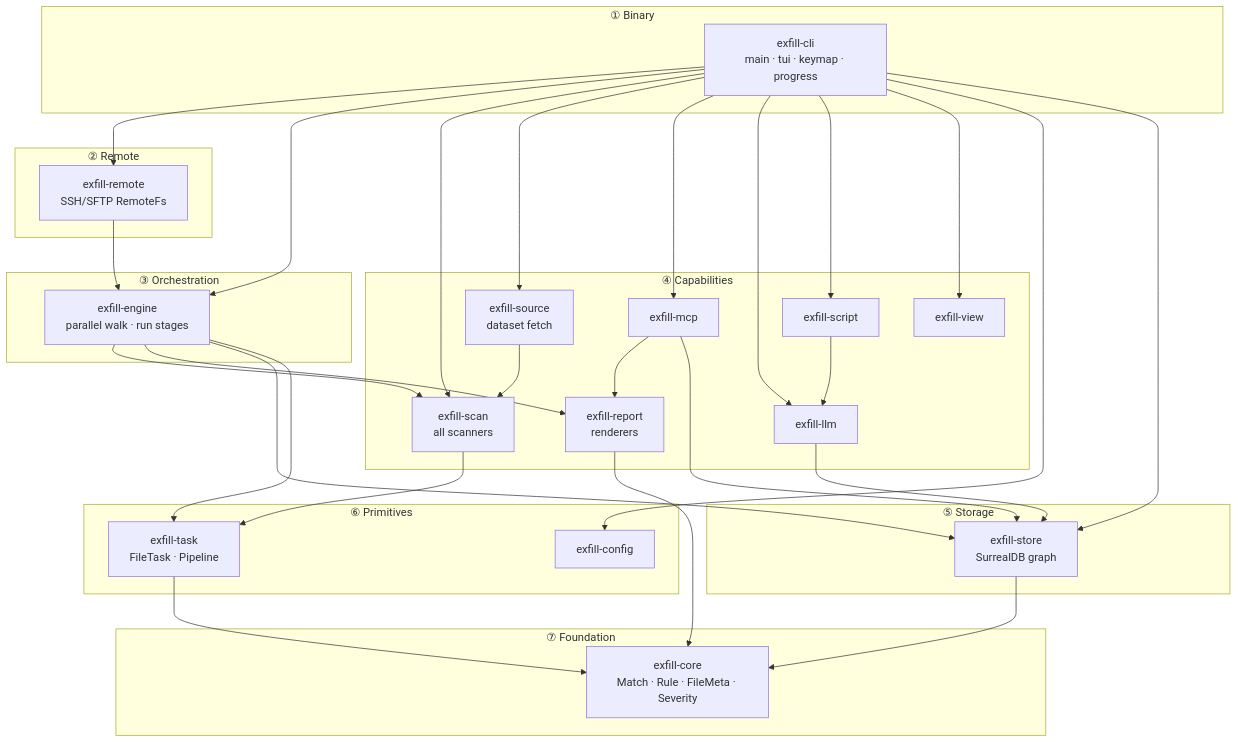
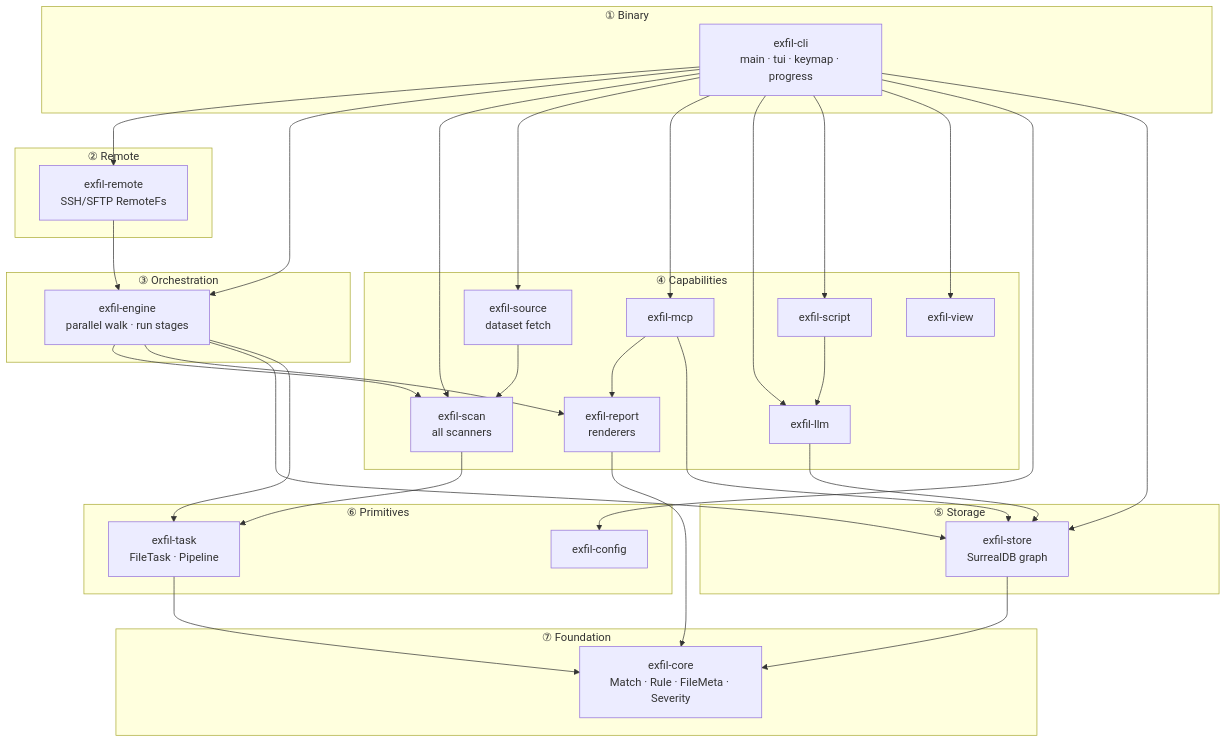
The first of 2 diagrams in docs/architecture/overview.md (rangertaha/exfil), drawn with Mermaid before and after one commit. The commit also changed other lines of this file and 129 other files, not shown here.

First line of the commit message:
Rename the tool: exfill -> exfil

````diff
--- a/docs/architecture/overview.md
+++ b/docs/architecture/overview.md
@@ -125,43 +125,43 @@
 ```mermaid
 flowchart TD
     subgraph L7["① Binary"]
-        CLI[exfill-cli<br/>main · tui · keymap · progress]
+        CLI[exfil-cli<br/>main · tui · keymap · progress]
     end
     subgraph L6["② Remote"]
-        REMOTE[exfill-remote<br/>SSH/SFTP RemoteFs]
+        REMOTE[exfil-remote<br/>SSH/SFTP RemoteFs]
     end
     subgraph L5["③ Orchestration"]
-        ENGINE[exfill-engine<br/>parallel walk · run stages]
+        ENGINE[exfil-engine<br/>parallel walk · run stages]
     end
     subgraph L4["④ Capabilities"]
-        SCAN[exfill-scan<br/>all scanners]
-        SOURCE[exfill-source<br/>dataset fetch]
-        REPORT[exfill-report<br/>renderers]
-        MCP[exfill-mcp]
-        LLM[exfill-llm]
-        SCRIPT[exfill-script]
-        VIEW[exfill-view]
+        SCAN[exfil-scan<br/>all scanners]
+        SOURCE[exfil-source<br/>dataset fetch]
+        REPORT[exfil-report<br/>renderers]
+        MCP[exfil-mcp]
+        LLM[exfil-llm]
+        SCRIPT[exfil-script]
+        VIEW[exfil-view]
     end
     subgraph L3["⑤ Storage"]
-        STORE[exfill-store<br/>SurrealDB graph]
+        STORE[exfil-store<br/>SurrealDB graph]
     end
     subgraph L2["⑥ Primitives"]
-        TASK[exfill-task<br/>FileTask · Pipeline]
-        CONFIG[exfill-config]
+        TASK[exfil-task<br/>FileTask · Pipeline]
+        CONFIG[exfil-config]
     end
     subgraph L1["⑦ Foundation"]
-        CORE[exfill-core<br/>Match · Rule · FileMeta · Severity]
+        CORE[exfil-core<br/>Match · Rule · FileMeta · Severity]
     end
 
     CLI --> REMOTE & ENGINE & SCAN & SOURCE & MCP & LLM & SCRIPT & VIEW & CONFIG & STORE
     REMOTE --> ENGINE
     ENGINE --> SCAN & REPORT & STORE & TASK
     SCAN --> TASK
     SOURCE --> SCAN
     SCRIPT --> LLM
     MCP --> REPORT & STORE
     LLM --> STORE
     REPORT --> CORE
     STORE --> CORE
     TASK --> CORE
 ```
````
